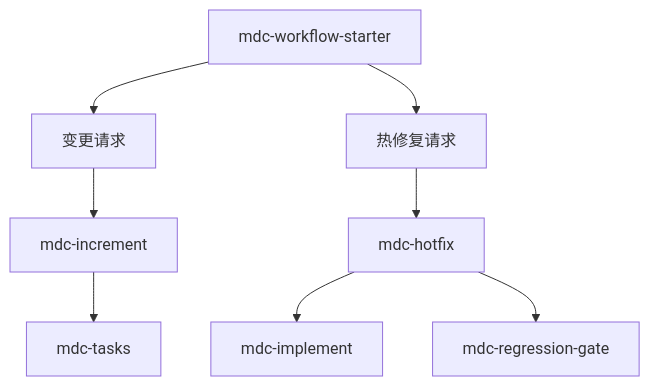
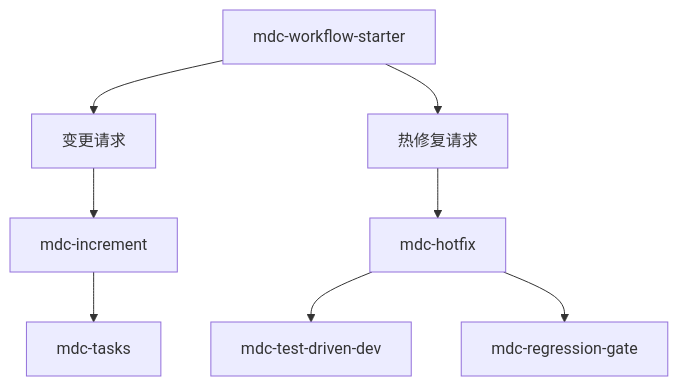
One commit to hujianbest/awesome-harness changed the third of 3 diagrams in mdc-workflow/coding-skills-design.md. Above: the diagram before and after it, drawn with Mermaid. The commit also changed other lines of this file and 16 other files, not shown here.

````diff
--- a/mdc-workflow/coding-skills-design.md
+++ b/mdc-workflow/coding-skills-design.md
@@ -688,19 +688,19 @@
 ```mermaid
 flowchart TD
     starter[mdc-workflow-starter]
     changeReq[变更请求]
     hotfixReq[热修复请求]
     increment[mdc-increment]
     hotfix[mdc-hotfix]
     tasks[mdc-tasks]
-    implement[mdc-implement]
+    implement[mdc-test-driven-dev]
     regressionGate[mdc-regression-gate]
 
     starter --> changeReq
     starter --> hotfixReq
     changeReq --> increment
     increment --> tasks
     hotfixReq --> hotfix
     hotfix --> implement
     hotfix --> regressionGate
 ```
````
